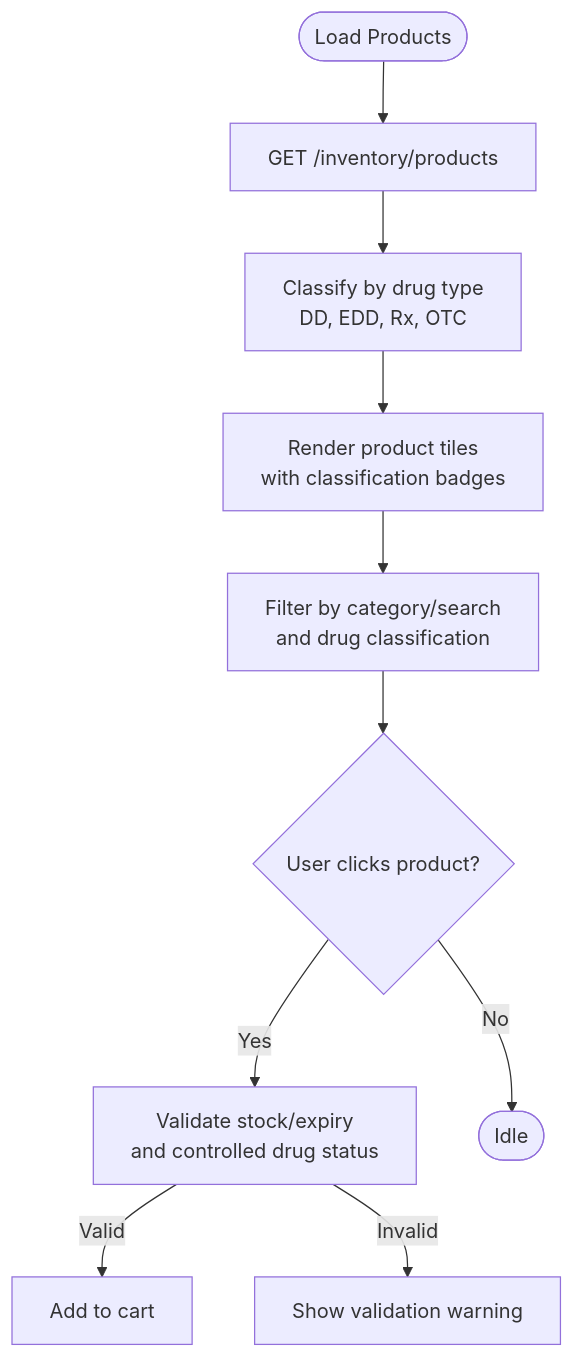
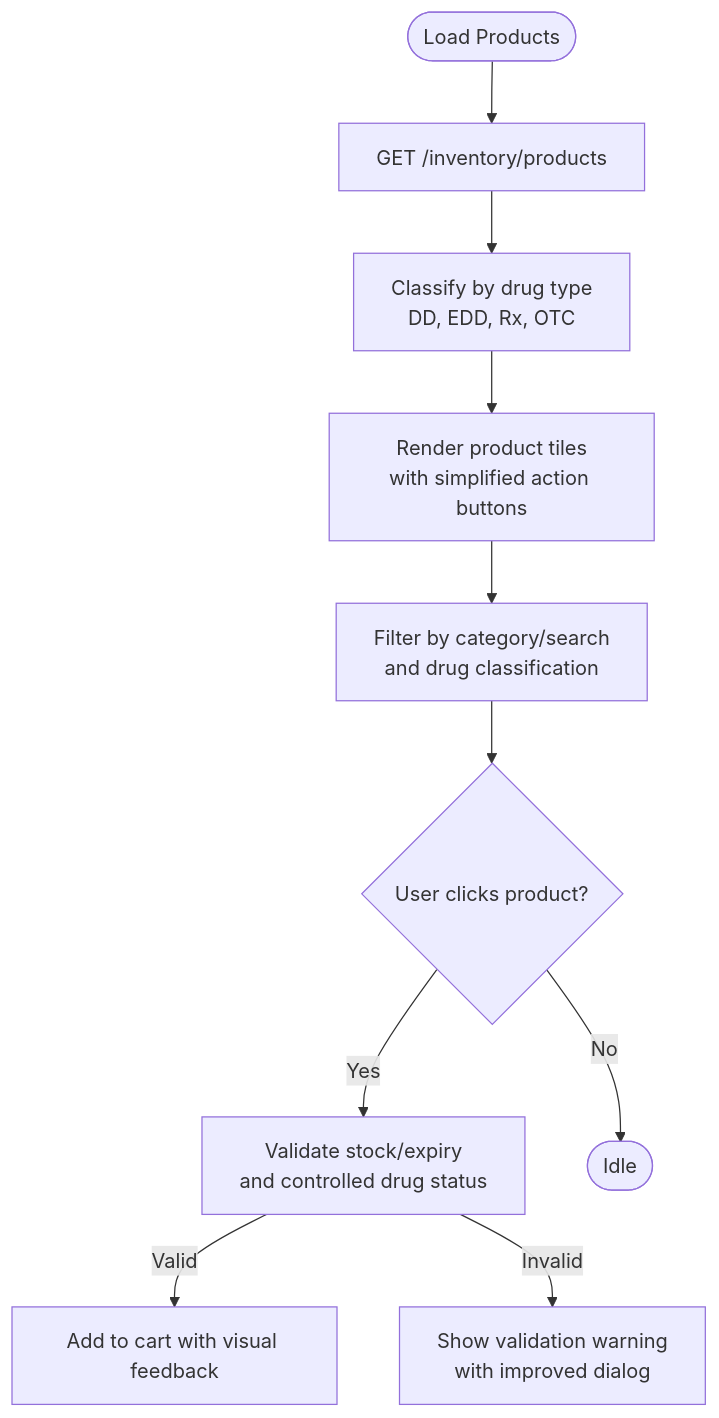
The third of 8 diagrams in .qoder/repowiki/en/content/Frontend Interface/Point-of-Sale Interface.md (yosefdc7/PharmaPOS), drawn with Mermaid before and after one commit. The commit also changed other lines of this file and 103 other files, not shown here.

````diff
--- a/.qoder/repowiki/en/content/Frontend Interface/Point-of-Sale Interface.md
+++ b/.qoder/repowiki/en/content/Frontend Interface/Point-of-Sale Interface.md
@@ -167,12 +178,12 @@
 ```mermaid
 flowchart TD
 Start(["Load Products"]) --> Fetch["GET /inventory/products"]
 Fetch --> Classify["Classify by drug type<br/>DD, EDD, Rx, OTC"]
-Classify --> Render["Render product tiles<br/>with classification badges"]
+Classify --> Render["Render product tiles<br/>with simplified action buttons"]
 Render --> Filter["Filter by category/search<br/>and drug classification"]
 Filter --> Click{"User clicks product?"}
 Click --> |Yes| Validate["Validate stock/expiry<br/>and controlled drug status"]
-Validate --> |Valid| Add["Add to cart"]
-Validate --> |Invalid| Notify["Show validation warning"]
+Validate --> |Valid| Add["Add to cart with visual feedback"]
+Validate --> |Invalid| Notify["Show validation warning<br/>with improved dialog"]
 Click --> |No| End(["Idle"])
 ```
````
